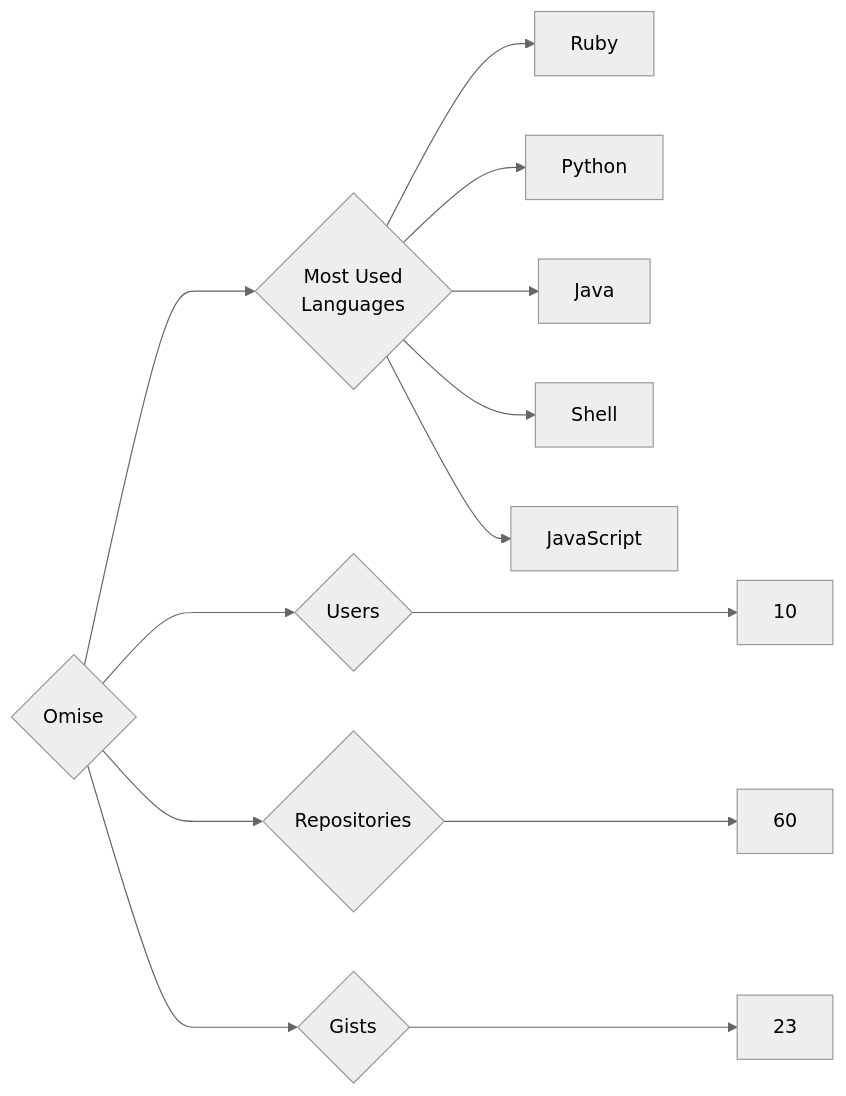
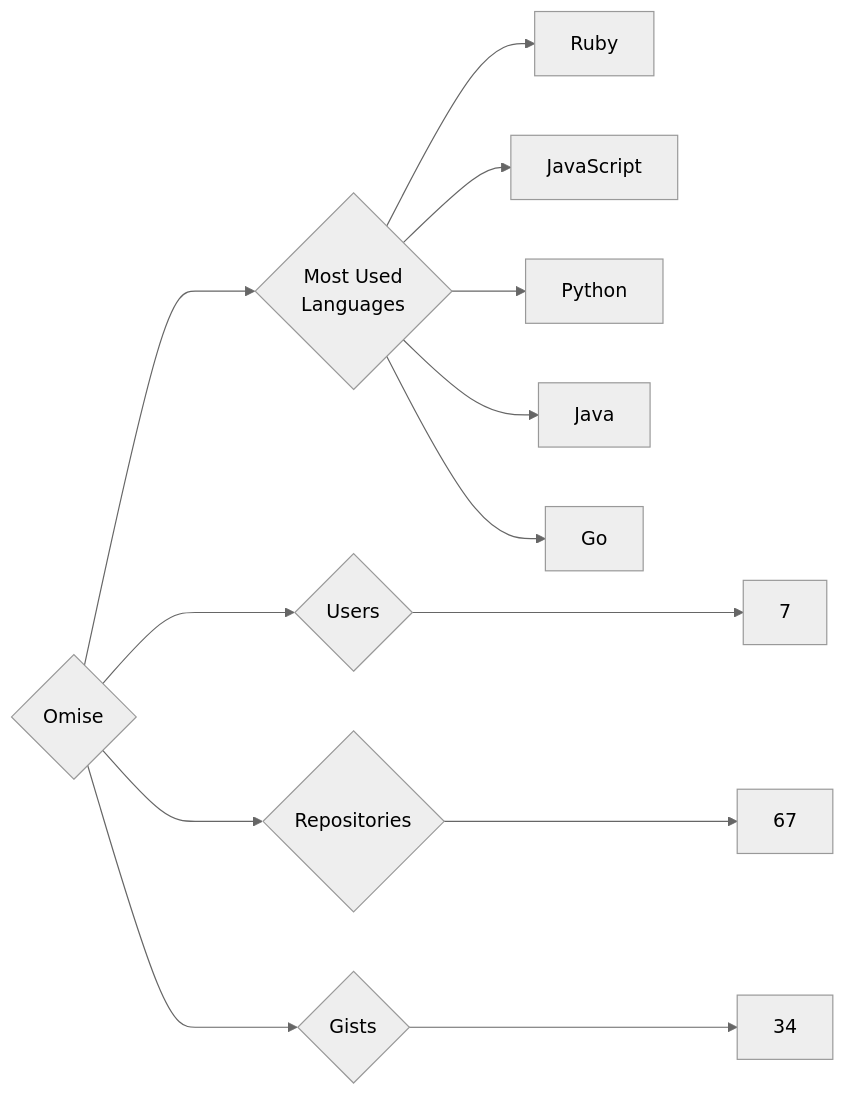
The diagram in targets/Omise/README.md (trickest/insiders), drawn with Mermaid (neutral theme) before and after one commit. The commit also changed 1484 other files, not shown here.

````diff
--- a/targets/Omise/README.md
+++ b/targets/Omise/README.md
@@ -3,13 +3,13 @@
 ```mermaid
 graph LR
 COMPANY_NAME{Omise}
-COMPANY_NAME ---> U{Users} ---> UN[10]
-COMPANY_NAME ---> R{Repositories} ---> RN[60]
-COMPANY_NAME ---> G{Gists} ---> GN[23]
+COMPANY_NAME ---> U{Users} ---> UN[7]
+COMPANY_NAME ---> R{Repositories} ---> RN[67]
+COMPANY_NAME ---> G{Gists} ---> GN[34]
 COMPANY_NAME ---> ML{Most Used<br>Languages}
 ML --> Ruby[Ruby]
+ML --> JavaScript[JavaScript]
 ML --> Python[Python]
 ML --> Java[Java]
-ML --> Shell[Shell]
-ML --> JavaScript[JavaScript]
+ML --> Go[Go]
 ```
````
